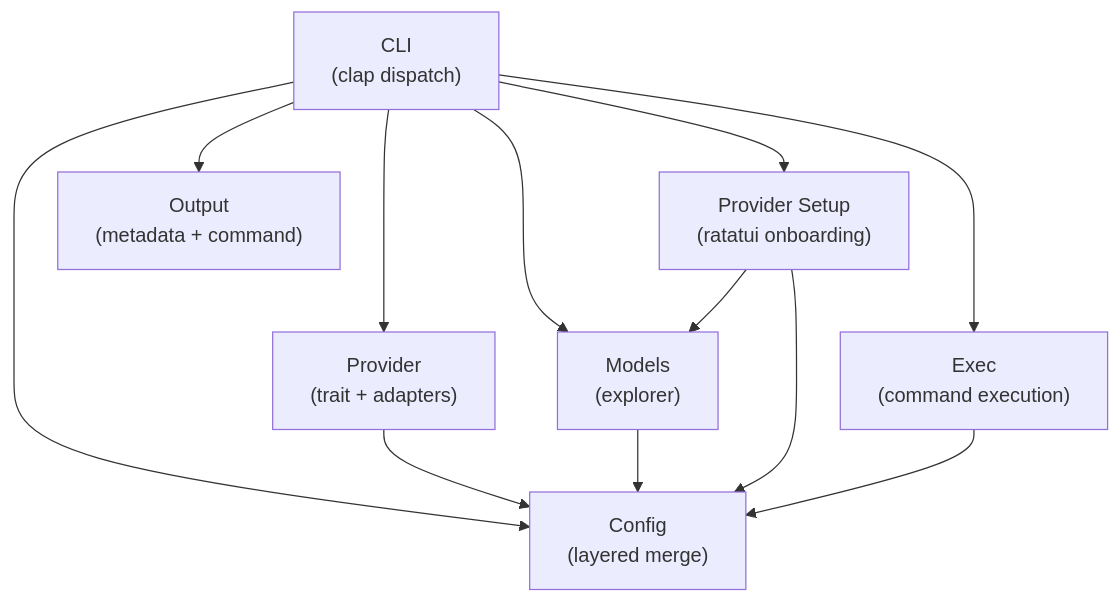
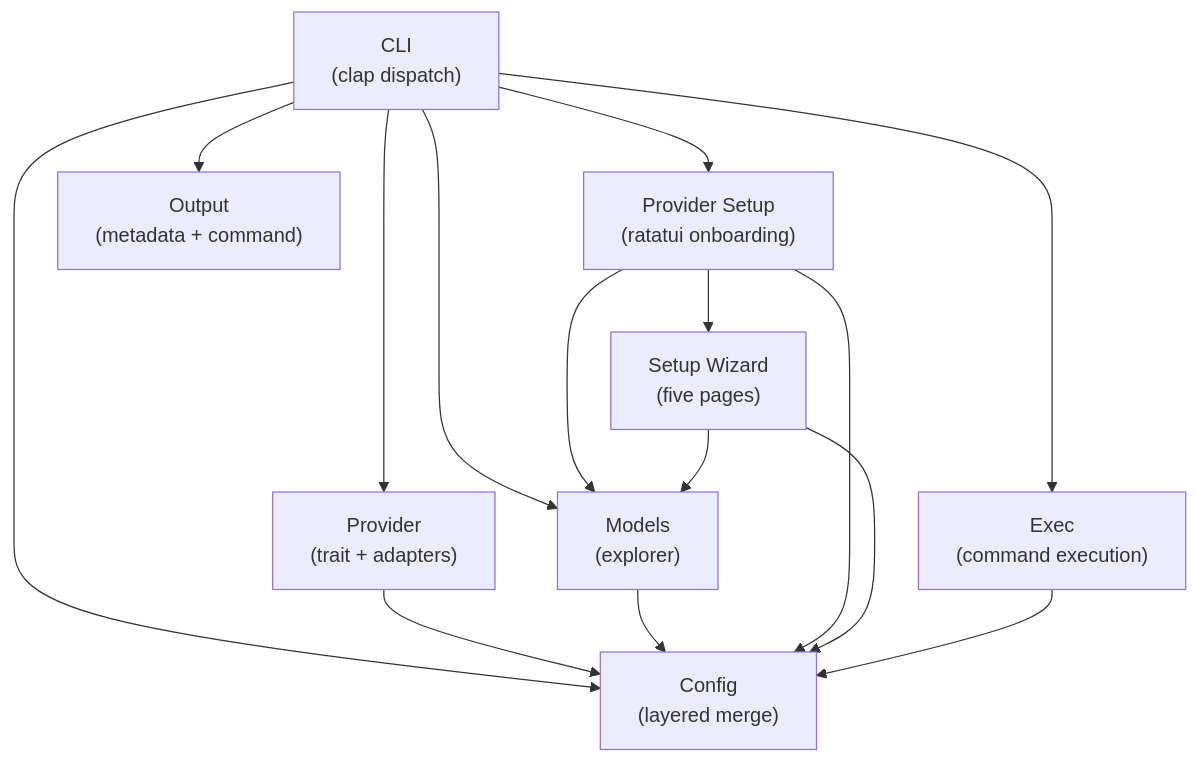
The diagram in docs/arc42/05-building-block-view.md (buster/watn), drawn with Mermaid before and after one commit. The commit also changed other lines of this file and 32 other files, not shown here.

Commit message:
feat(unified-setup-wizard): Provider setup separates choices, details, and guidance

````diff
--- a/docs/arc42/05-building-block-view.md
+++ b/docs/arc42/05-building-block-view.md
@@ -5,22 +5,26 @@
 ```mermaid
 graph TB
     CLI["CLI<br/>(clap dispatch)"]
     Config["Config<br/>(layered merge)"]
     Provider["Provider<br/>(trait + adapters)"]
     Setup["Provider Setup<br/>(ratatui onboarding)"]
+    Wizard["Setup Wizard<br/>(five pages)"]
     Output["Output<br/>(metadata + command)"]
     Models["Models<br/>(explorer)"]
     Exec["Exec<br/>(command execution)"]
 
     CLI --> Config
     CLI --> Provider
     CLI --> Setup
     CLI --> Output
     CLI --> Models
     CLI --> Exec
     Provider --> Config
     Models --> Config
     Setup --> Config
     Setup --> Models
+    Setup --> Wizard
+    Wizard --> Config
+    Wizard --> Models
     Exec --> Config
 ```
````
